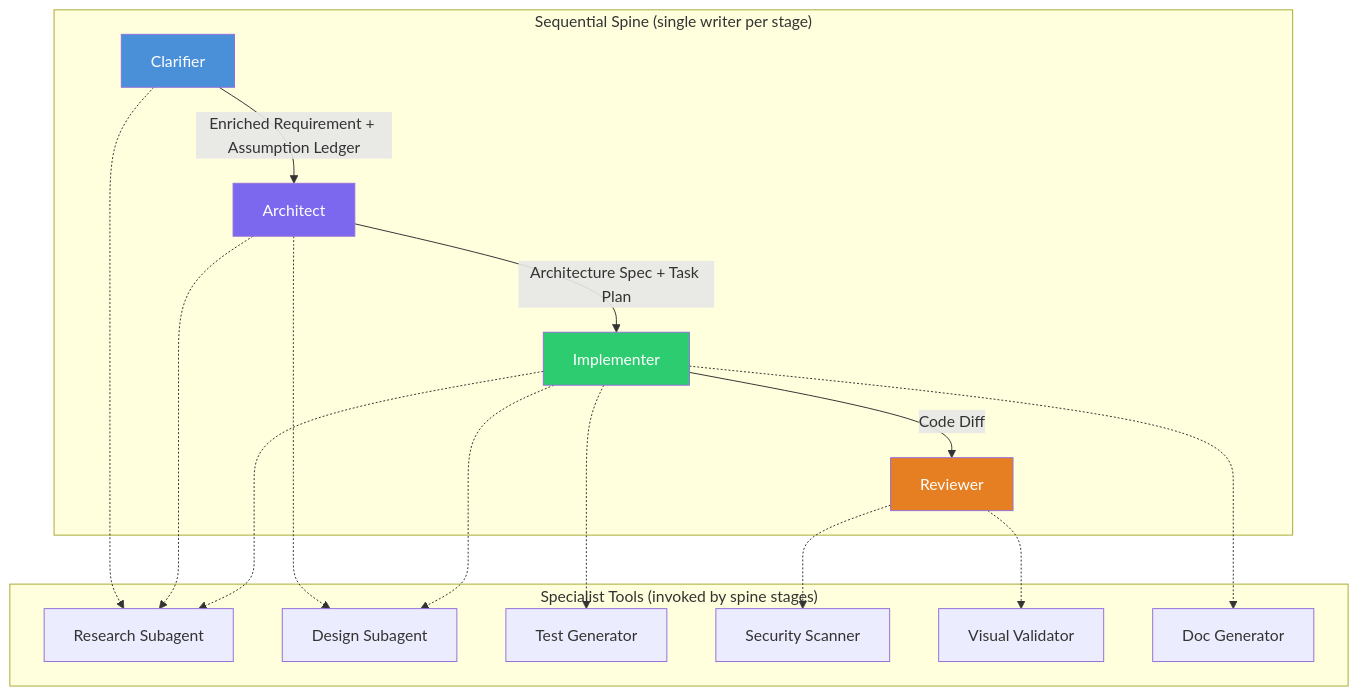
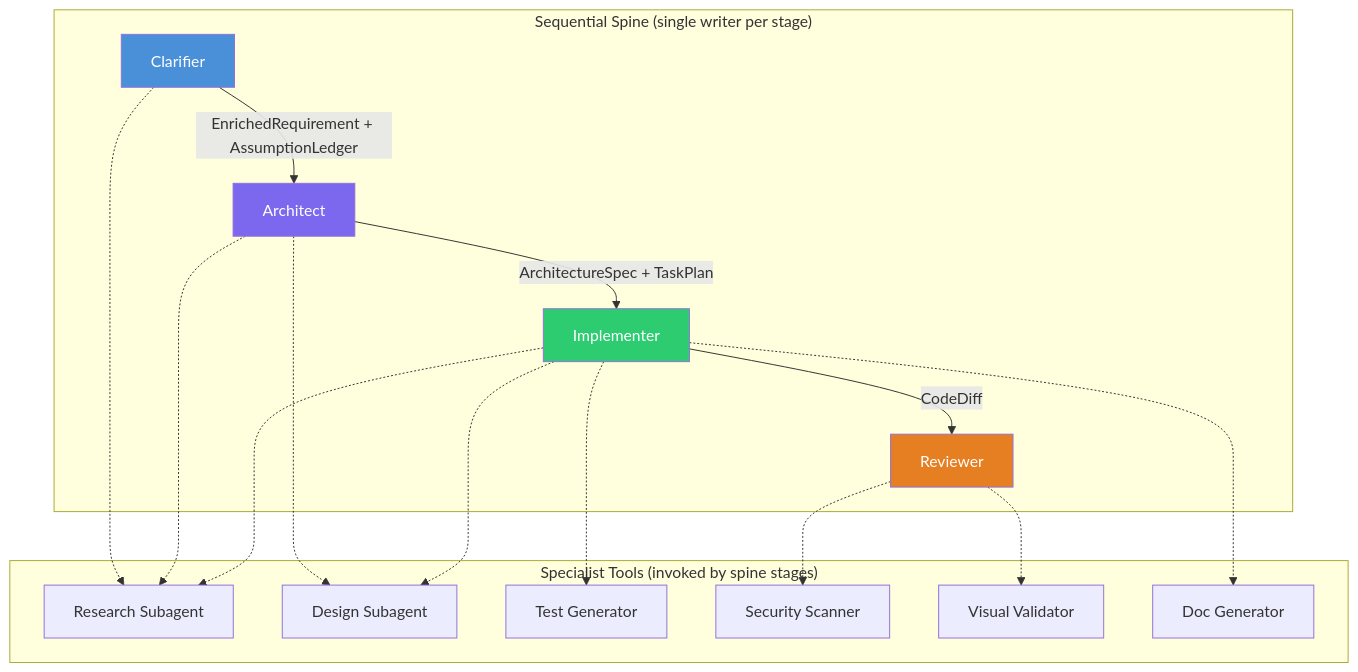
Before and after one commit to praveen-gottala/sdlc-agent-swarms: the diagram in docs/concepts/agent-taxonomy.md, drawn with Mermaid. The commit also changed other lines of this file and 6 other files, not shown here.

````diff
--- a/docs/concepts/agent-taxonomy.md
+++ b/docs/concepts/agent-taxonomy.md
@@ -13,32 +7,32 @@
 ```mermaid
 graph TD
     subgraph Spine ["Sequential Spine (single writer per stage)"]
-        C[Clarifier] -->|Enriched Requirement + Assumption Ledger| A[Architect]
-        A -->|Architecture Spec + Task Plan| I[Implementer]
-        I -->|Code Diff| R[Reviewer]
+        C[Clarifier] -->|EnrichedRequirement + AssumptionLedger| A[Architect]
+        A -->|ArchitectureSpec + TaskPlan| I[Implementer]
+        I -->|CodeDiff| R[Reviewer]
     end
 
     subgraph Specialists ["Specialist Tools (invoked by spine stages)"]
         S1[Research Subagent]
         S2[Design Subagent]
         S3[Test Generator]
         S4[Security Scanner]
         S5[Visual Validator]
         S6[Doc Generator]
     end
 
     C -.-> S1
     A -.-> S1
     A -.-> S2
     I -.-> S1
     I -.-> S2
     I -.-> S3
     I -.-> S6
     R -.-> S4
     R -.-> S5
 
     style C fill:#4A90D9,color:#fff
     style A fill:#7B68EE,color:#fff
     style I fill:#2ECC71,color:#fff
     style R fill:#E67E22,color:#fff
 ```
````
